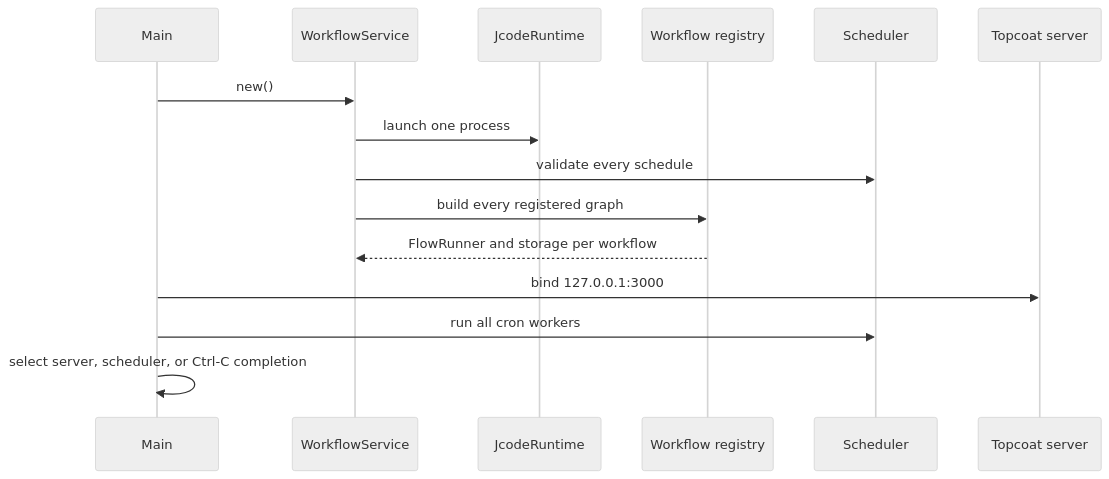
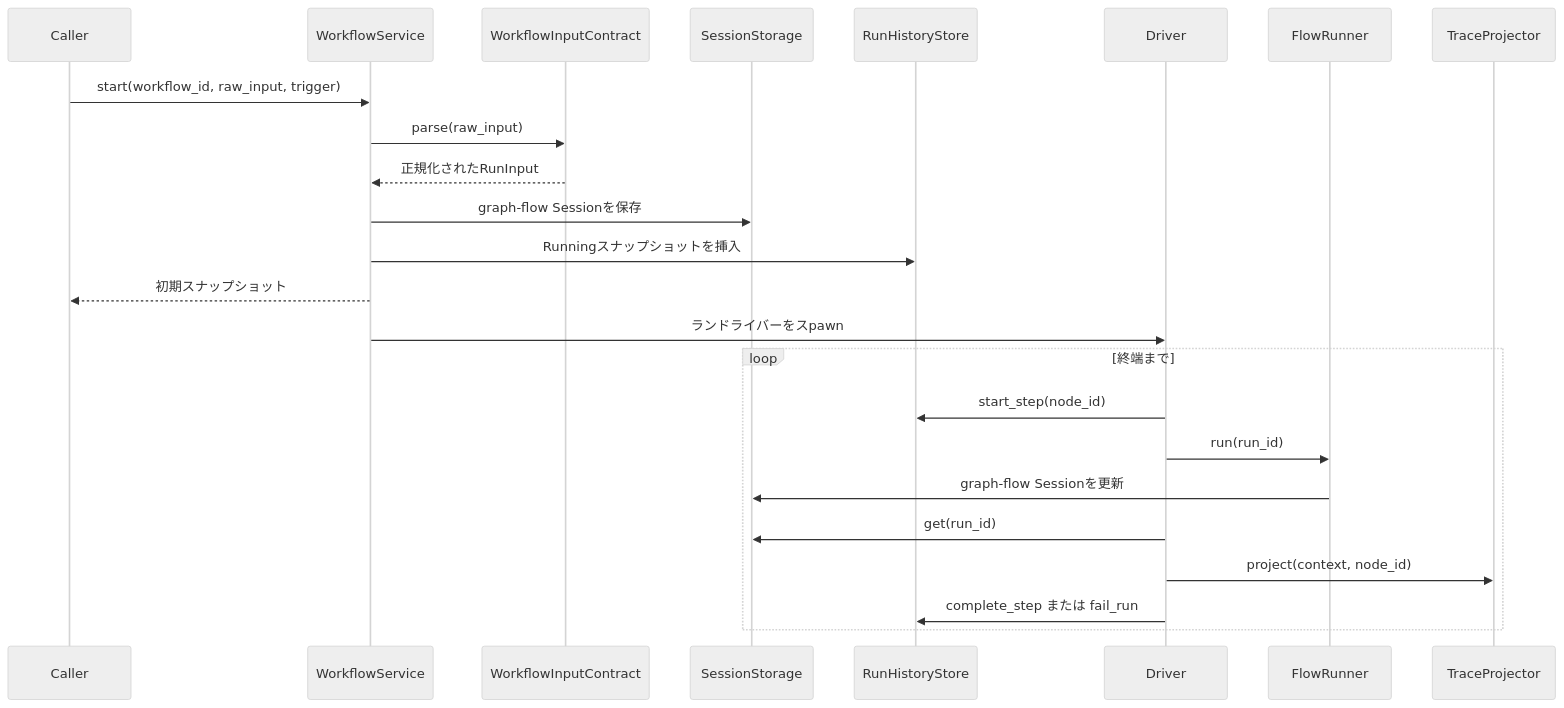
Before and after one commit to totto2727-org/flowdeck: the second of 2 diagrams in docs/architecture.ja.md, drawn with Mermaid (neutral theme). The commit also changed other lines of this file and 6 other files, not shown here.

First line of the commit message:
docs(architecture): separate console and jcode ownership

````diff
--- a/docs/architecture.ja.md
+++ b/docs/architecture.ja.md
@@ -60,18 +151,27 @@
 ```mermaid
 sequenceDiagram
-    participant Main
+    participant Caller
     participant Service as WorkflowService
-    participant Jcode as JcodeRuntime
-    participant Registry as Workflow registry
-    participant Scheduler
-    participant Server as Topcoat server
+    participant Input as WorkflowInputContract
+    participant Storage as SessionStorage
+    participant History as RunHistoryStore
+    participant Driver
+    participant Runner as FlowRunner
+    participant Projector as TraceProjector
 
-    Main->>Service: new()
-    Service->>Jcode: launch one process
-    Service->>Scheduler: validate every schedule
-    Service->>Registry: build every registered graph
-    Registry-->>Service: FlowRunner and storage per workflow
-    Main->>Server: bind 127.0.0.1:3000
-    Main->>Scheduler: run all cron workers
-    Main->>Main: select server, scheduler, or Ctrl-C completion
+    Caller->>Service: start(workflow_id, raw_input, trigger)
+    Service->>Input: parse(raw_input)
+    Input-->>Service: 正規化されたRunInput
+    Service->>Storage: graph-flow Sessionを保存
+    Service->>History: Runningスナップショットを挿入
+    Service-->>Caller: 初期スナップショット
+    Service->>Driver: ランドライバーをスpawn
+    loop 終端まで
+        Driver->>History: start_step(node_id)
+        Driver->>Runner: run(run_id)
+        Runner->>Storage: graph-flow Sessionを更新
+        Driver->>Storage: get(run_id)
+        Driver->>Projector: project(context, node_id)
+        Driver->>History: complete_step または fail_run
+    end
 ```
````
